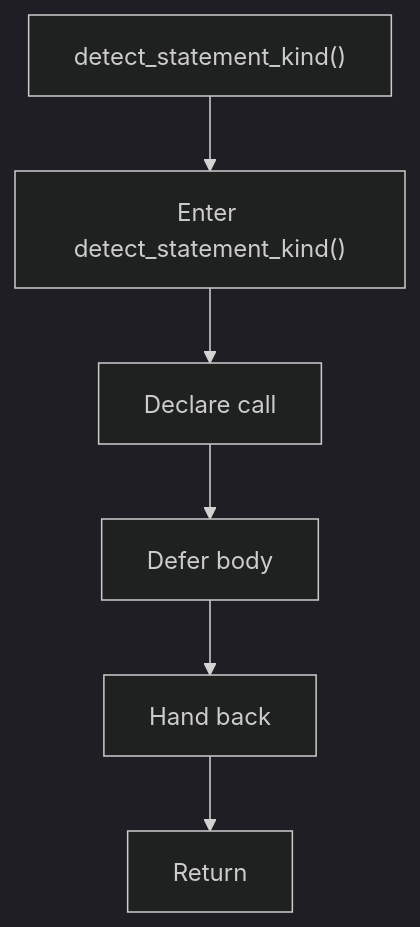
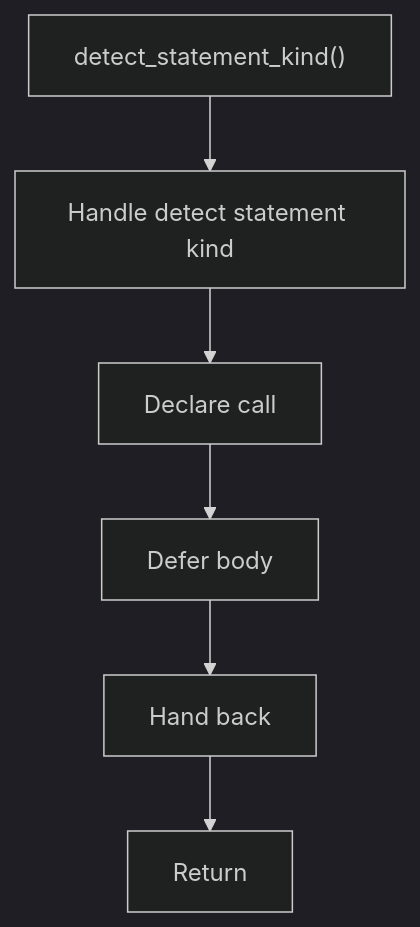
Before and after one commit to JohnAndrewBalbarosa/NeoTerritory: the diagram in docs/Codebase/Microservice/Modules/Header/SyntacticBrokenAST/Trees/Actual/Internal/Flow/functions/detect_statement_kind.hpp.md, drawn with Mermaid (dark theme). The commit also changed other lines of this file and 925 other files, not shown here.

````diff
--- a/docs/Codebase/Microservice/Modules/Header/SyntacticBrokenAST/Trees/Actual/Internal/Flow/functions/detect_statement_kind.hpp.md
+++ b/docs/Codebase/Microservice/Modules/Header/SyntacticBrokenAST/Trees/Actual/Internal/Flow/functions/detect_statement_kind.hpp.md
@@ -16,14 +16,14 @@
 ```mermaid
 flowchart TD
     Start["detect_statement_kind()"]
-    N0["Enter detect_statement_kind()"]
+    N0["Handle detect statement kind"]
     N1["Declare call"]
     N2["Defer body"]
     N3["Hand back"]
     End["Return"]
     Start --> N0
     N0 --> N1
     N1 --> N2
     N2 --> N3
     N3 --> End
 ```
````
